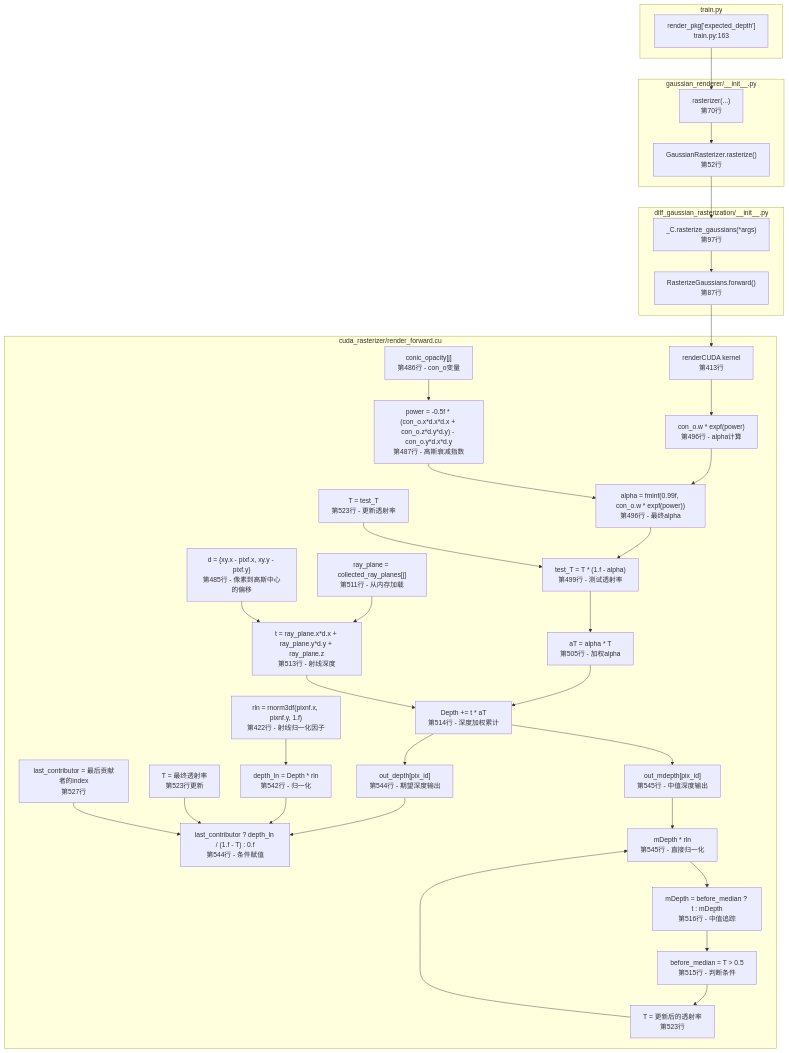
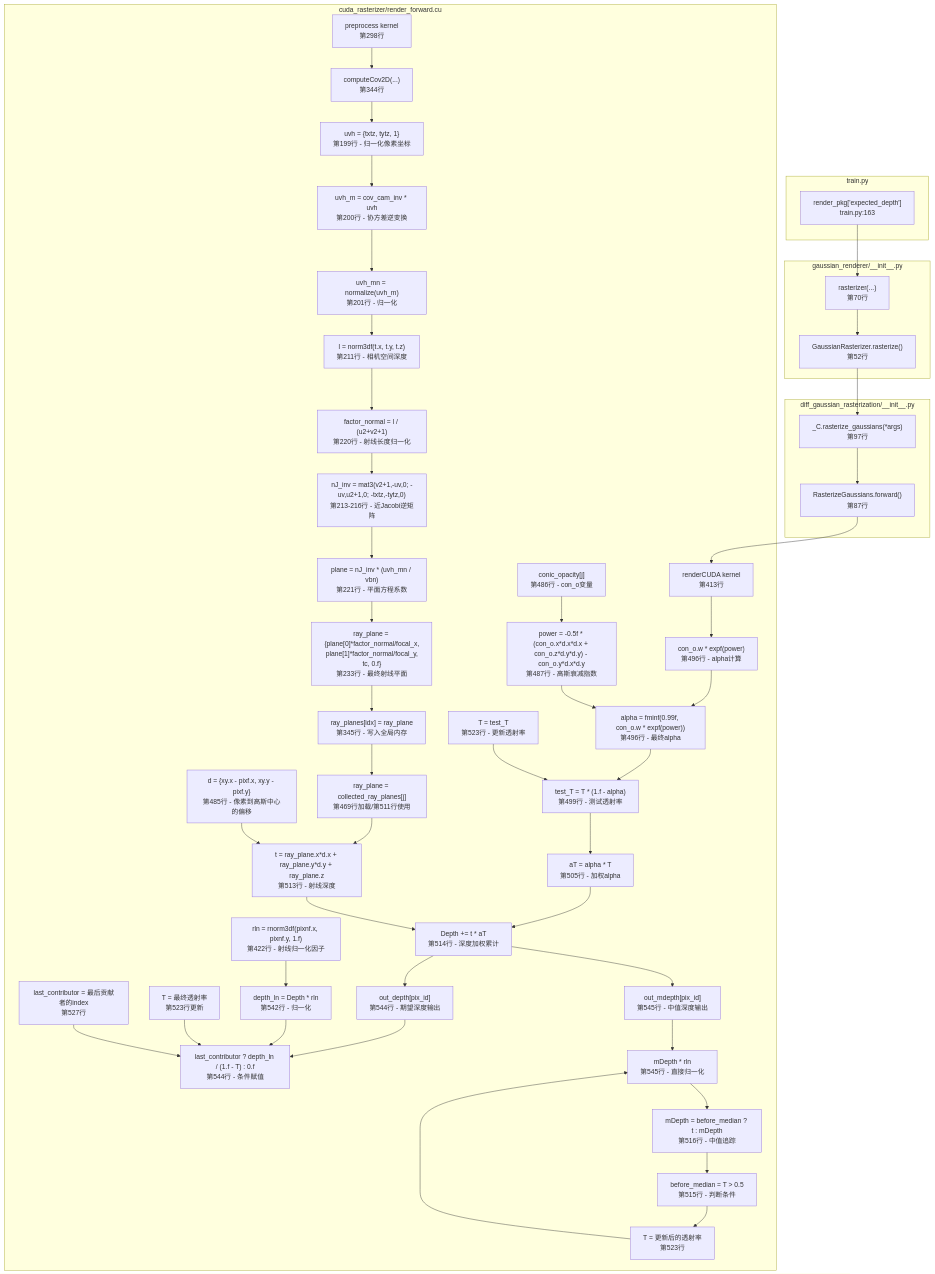
The first of 3 diagrams in expected_depth_report.md (543877815/lanqu), drawn with Mermaid before and after one commit. The commit also changed other lines of this file, not shown here.

```diff
--- a/expected_depth_report.md
+++ b/expected_depth_report.md
@@ -27,6 +27,18 @@
     subgraph render_forward["cuda_rasterizer/render_forward.cu"]
         D["renderCUDA kernel<br/>第413行"]
 
+        Dpre["preprocess kernel<br/>第298行"]
+        Dpre_a["computeCov2D(...)<br/>第344行"]
+        Dpre_0["uvh = {txtz, tytz, 1}<br/>第199行 - 归一化像素坐标"]
+        Dpre_1["uvh_m = cov_cam_inv * uvh<br/>第200行 - 协方差逆变换"]
+        Dpre_2["uvh_mn = normalize(uvh_m)<br/>第201行 - 归一化"]
+        Dpre_3["l = norm3df(t.x, t.y, t.z)<br/>第211行 - 相机空间深度"]
+        Dpre_4["factor_normal = l / (u2+v2+1)<br/>第220行 - 射线长度归一化"]
+        Dpre_5["nJ_inv = mat3(v2+1,-uv,0; -uv,u2+1,0; -txtz,-tytz,0)<br/>第213-216行 - 近Jacobi逆矩阵"]
+        Dpre_6["plane = nJ_inv * (uvh_mn / vbn)<br/>第221行 - 平面方程系数"]
+        Dpre_7["ray_plane = {plane[0]*factor_normal/focal_x,<br/>plane[1]*factor_normal/focal_y,<br/>tc, 0.f}<br/>第233行 - 最终射线平面"]
+        Dpre_c["ray_planes[idx] = ray_plane<br/>第345行 - 写入全局内存"]
+
         D0["con_o.w * expf(power)<br/>第496行 - alpha计算"]
         D0a["conic_opacity[j]<br/>第486行 - con_o变量"]
         D0b["power = -0.5f * (con_o.x*d.x*d.x + con_o.z*d.y*d.y) - con_o.y*d.x*d.y<br/>第487行 - 高斯衰减指数"]
@@ -37,7 +49,7 @@
 
         D1["Depth += t * aT<br/>第514行 - 深度加权累计"]
         D1a["t = ray_plane.x*d.x + ray_plane.y*d.y + ray_plane.z<br/>第513行 - 射线深度"]
-        D1b["ray_plane = collected_ray_planes[j]<br/>第511行 - 从内存加载"]
+        D1b["ray_plane = collected_ray_planes[j]<br/>第469行加载/第511行使用"]
         D1c["d = {xy.x - pixf.x, xy.y - pixf.y}<br/>第485行 - 像素到高斯中心的偏移"]
         D1d["T = test_T<br/>第523行 - 更新透射率"]
 
@@ -60,6 +72,17 @@
     B1 --> C
     C --> C1
     C1 --> D
+    Dpre --> Dpre_a
+    Dpre_a --> Dpre_0
+    Dpre_0 --> Dpre_1
+    Dpre_1 --> Dpre_2
+    Dpre_2 --> Dpre_3
+    Dpre_3 --> Dpre_4
+    Dpre_4 --> Dpre_5
+    Dpre_5 --> Dpre_6
+    Dpre_6 --> Dpre_7
+    Dpre_7 --> Dpre_c
+    Dpre_c --> D1b
 
     D --> D0
     D0 --> D0c
```
